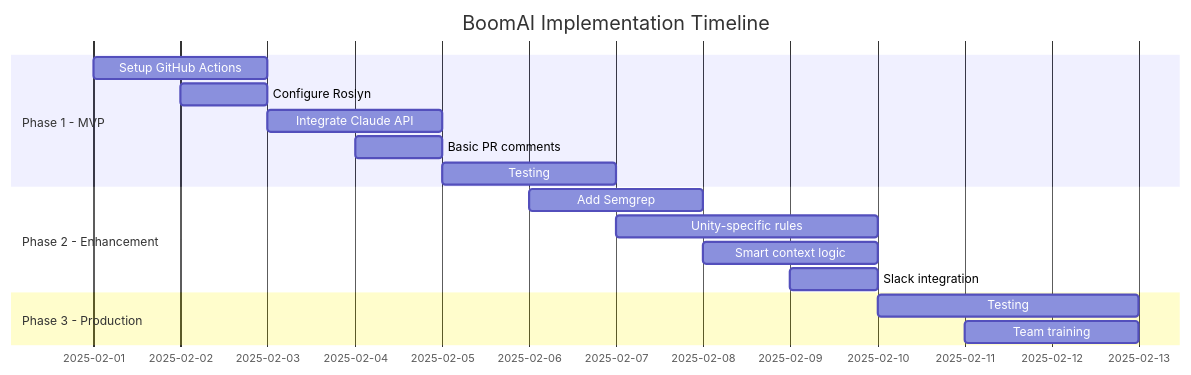
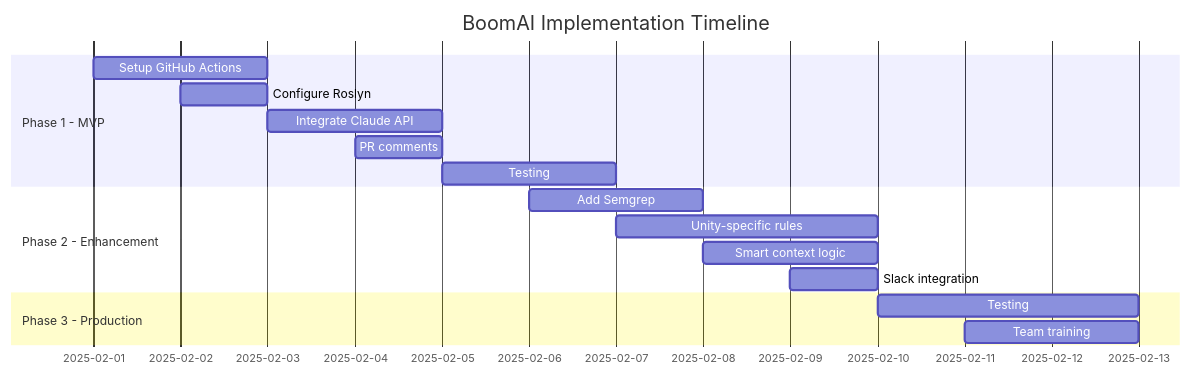
Before and after one commit to dgodolias/BoomAI: the sixth of 6 diagrams in REQUIREMENTS.md, drawn with Mermaid.

````diff
--- a/REQUIREMENTS.md
+++ b/REQUIREMENTS.md
@@ -324,22 +324,22 @@
 ```mermaid
 gantt
     title BoomAI Implementation Timeline
     dateFormat YYYY-MM-DD
     
     section Phase 1 - MVP
     Setup GitHub Actions         :a1, 2025-02-01, 2d
     Configure Roslyn             :a2, 2025-02-02, 1d
     Integrate Claude API         :a3, 2025-02-03, 2d
-    Basic PR comments            :a4, 2025-02-04, 1d
+    PR comments            :a4, 2025-02-04, 1d
     Testing                      :a5, 2025-02-05, 2d
     
     section Phase 2 - Enhancement
     Add Semgrep                  :b1, 2025-02-06, 2d
     Unity-specific rules         :b2, 2025-02-07, 3d
     Smart context logic          :b3, 2025-02-08, 2d
     Slack integration            :b4, 2025-02-09, 1d
     
     section Phase 3 - Production
     Testing                      :c1, 2025-02-10, 3d
     Team training                :c2, 2025-02-11, 2d
 ```
````
